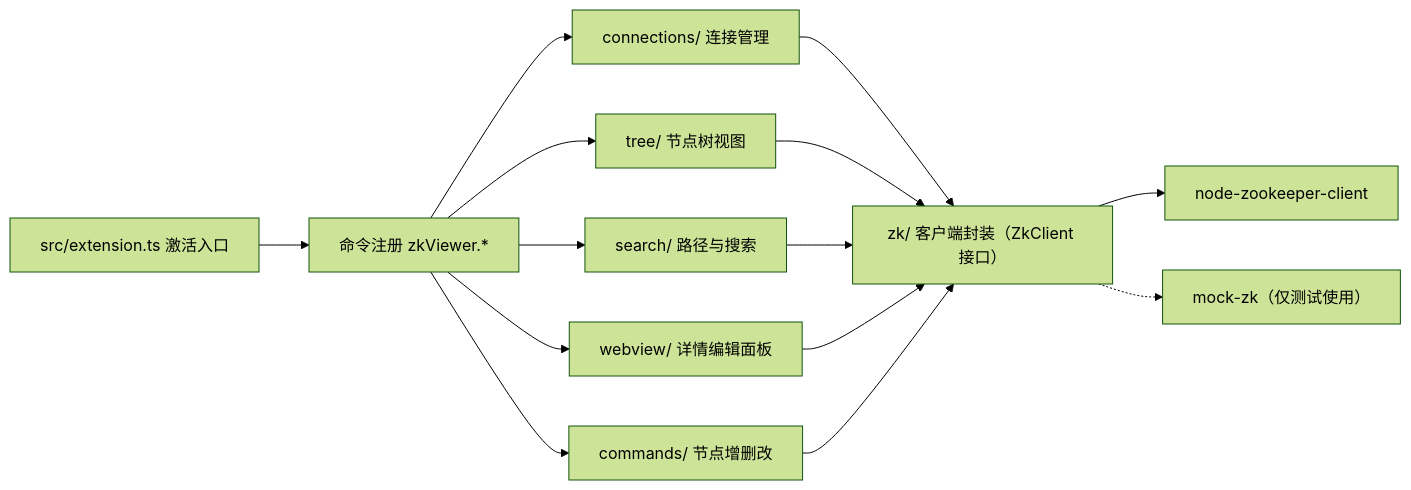
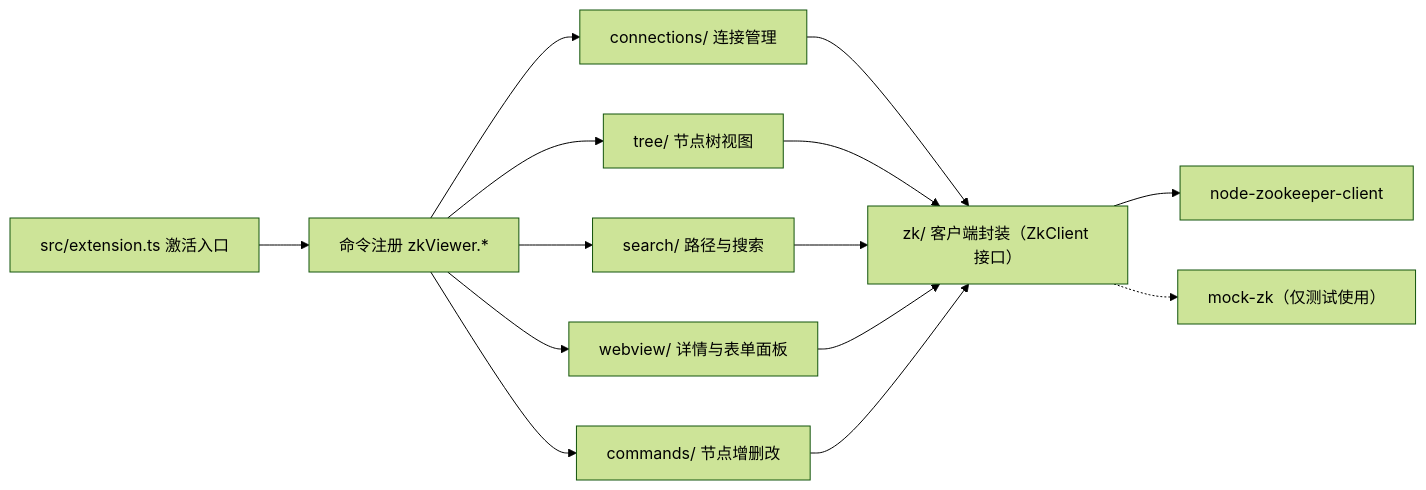
The diagram in docs/design.md (BeWaterMyFriend7/zk-viewer-vscode), drawn with Mermaid (forest theme) before and after one commit. The commit also changed other lines of this file and 29 other files, not shown here.

````diff
--- a/docs/design.md
+++ b/docs/design.md
@@ -35,16 +35,16 @@
 ```mermaid
 flowchart LR
   ext["src/extension.ts 激活入口"] --> cmds["命令注册 zkViewer.*"]
   cmds --> conn["connections/ 连接管理"]
   cmds --> tree["tree/ 节点树视图"]
   cmds --> search["search/ 路径与搜索"]
-  cmds --> wv["webview/ 详情编辑面板"]
+  cmds --> wv["webview/ 详情与表单面板"]
   cmds --> ncmd["commands/ 节点增删改"]
   conn --> zk["zk/ 客户端封装（ZkClient 接口）"]
   tree --> zk
   search --> zk
   wv --> zk
   ncmd --> zk
   zk --> lib["node-zookeeper-client"]
   zk -.-> mock["mock-zk（仅测试使用）"]
 ```
````
